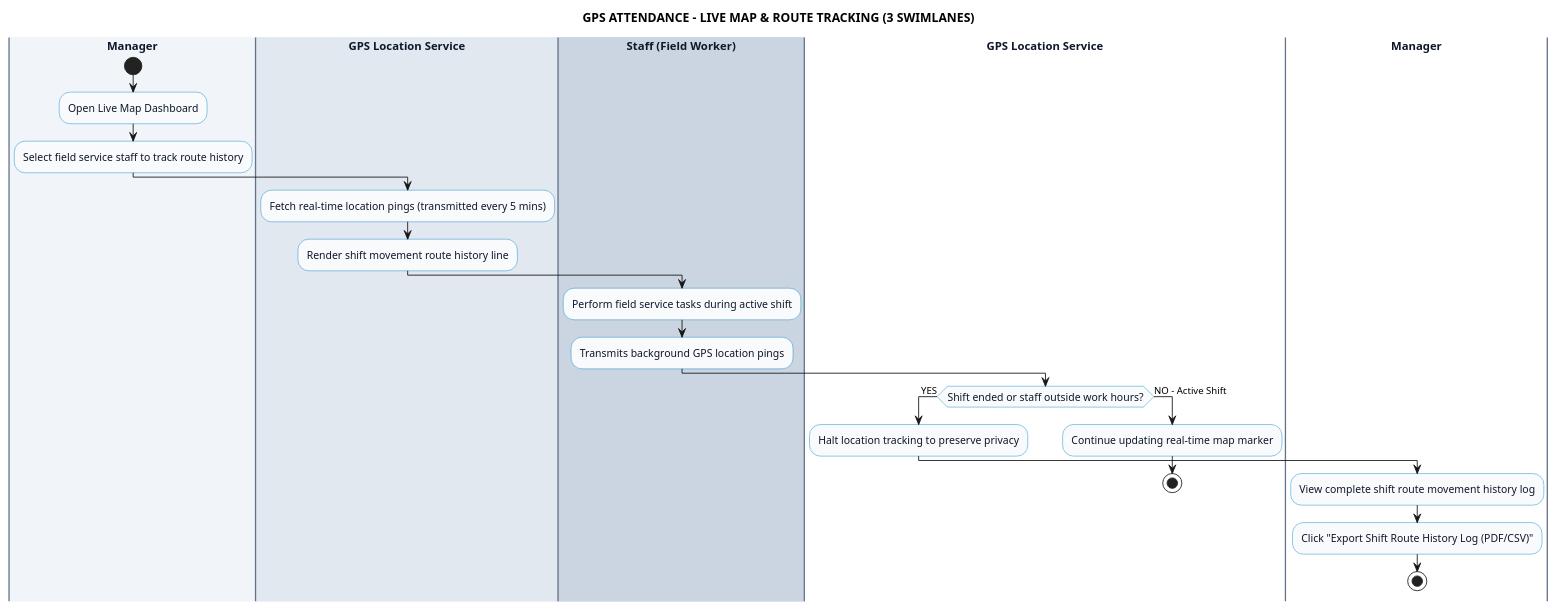
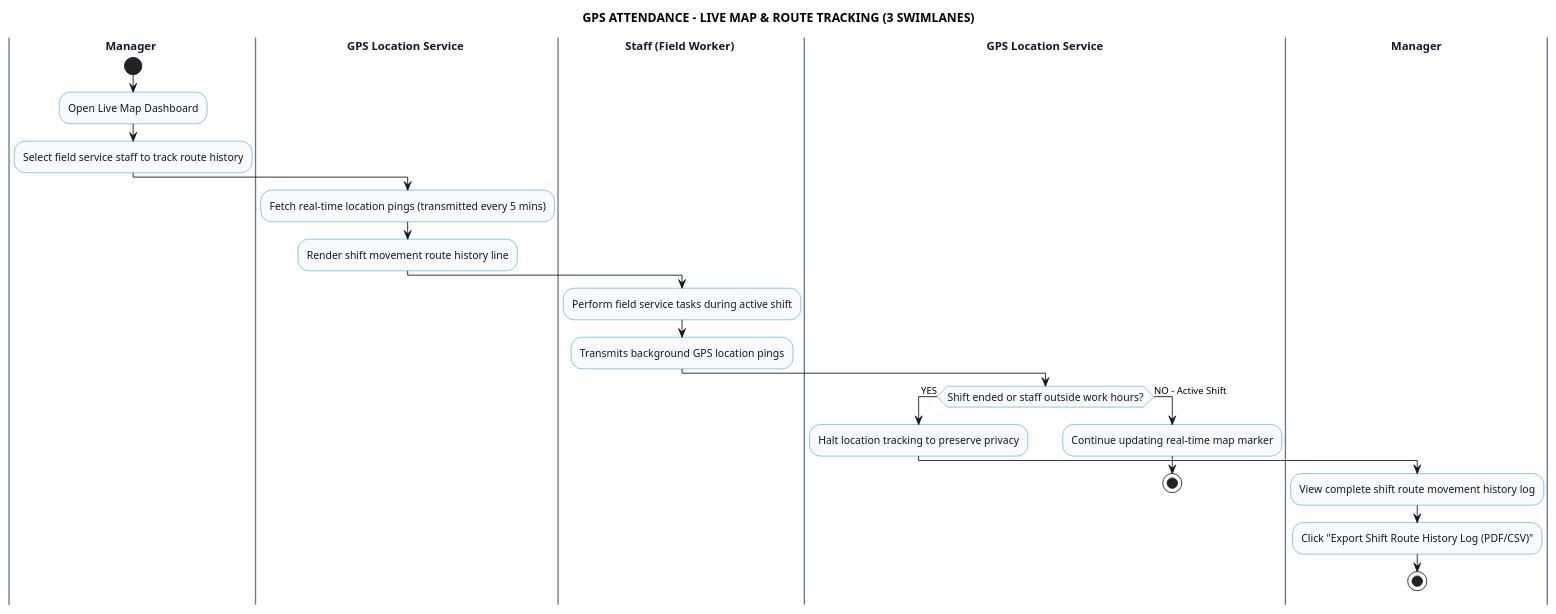
The diagram in docs/swimlane/gps_attendance/LiveMapRouteDiagram.md (Dikhang1112/Monitoring_HR), drawn with PlantUML before and after one commit. The commit also changed other lines of this file and 47 other files, not shown here.

Commit message:
Refactor usecase diagram and swimlane

````diff
--- a/docs/swimlane/gps_attendance/LiveMapRouteDiagram.md
+++ b/docs/swimlane/gps_attendance/LiveMapRouteDiagram.md
@@ -9,52 +9,52 @@
 ```plantuml
 @startuml
 title GPS ATTENDANCE - LIVE MAP & ROUTE TRACKING (3 SWIMLANES)
 
 skinparam linetype ortho
 skinparam nodesep 60
 skinparam ranksep 80
 
 skinparam activity {
   BackgroundColor #f8fafc
   BorderColor #0284c7
   FontColor #0f172a
   FontSize 12
 }
 skinparam swimlane {
   BorderColor #64748b
   TitleFontColor #0f172a
   TitleFontSize 13
   TitleFontStyle bold
 }
 
 ' =====================================================
 ' 3 SWIMLANES DECLARATION
 ' =====================================================
-|#f1f5f9| Manager |
+|Manager |
 start
 :Open Live Map Dashboard;
 :Select field service staff to track route history;
 
-|#e2e8f0| GPS Location Service |
+|GPS Location Service |
 :Fetch real-time location pings (transmitted every 5 mins);
 :Render shift movement route history line;
 
-|#cbd5e1| Staff (Field Worker) |
+|Staff (Field Worker) |
 :Perform field service tasks during active shift;
 :Transmits background GPS location pings;
 
 |GPS Location Service|
 if (Shift ended or staff outside work hours?) then (YES)
   :Halt location tracking to preserve privacy;
   |Manager|
   :View complete shift route movement history log;
   :Click "Export Shift Route History Log (PDF/CSV)";
   stop
 else (NO - Active Shift)
   |GPS Location Service|
   :Continue updating real-time map marker;
   stop
 endif
 
 @enduml
 ```
````
